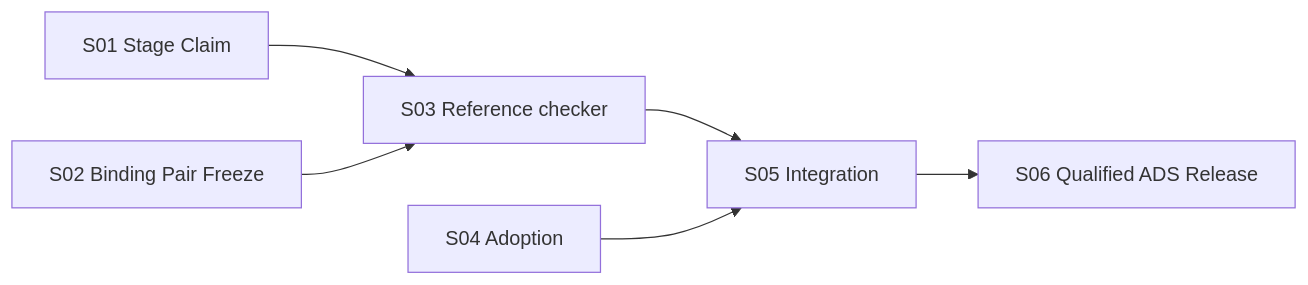
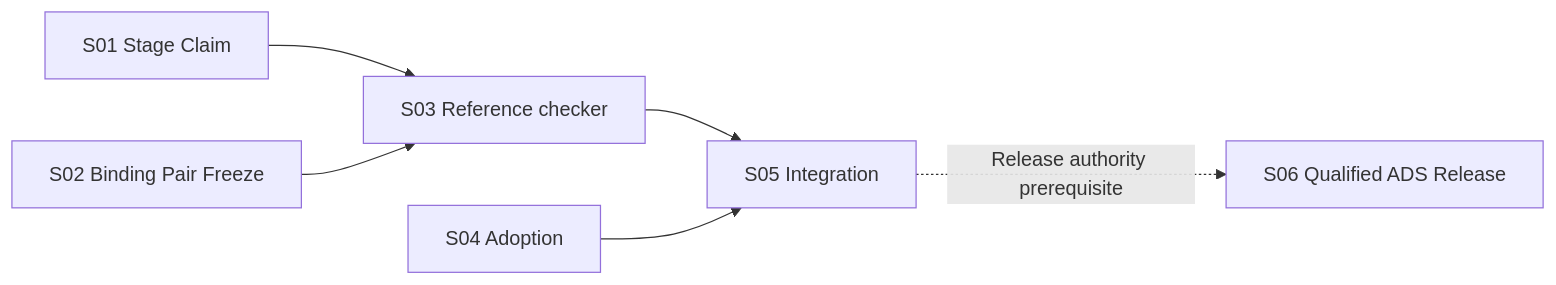
The diagram in docs/implementation/4.12.0/TASK_DAG.md (kaicreator-mm/ai-development-standard), drawn with Mermaid before and after one commit. The commit also changed other lines of this file, not shown here.

Commit message:
docs(v4.12): mark S05 to S06 as release authority prerequisite rather than native DAG edge

````diff
--- a/docs/implementation/4.12.0/TASK_DAG.md
+++ b/docs/implementation/4.12.0/TASK_DAG.md
@@ -58,8 +58,8 @@
 ```mermaid
 flowchart LR
   S01[S01 Stage Claim] --> S03[S03 Reference checker]
   S02[S02 Binding Pair Freeze] --> S03
   S03 --> S05[S05 Integration]
   S04[S04 Adoption] --> S05
-  S05 --> S06[S06 Qualified ADS Release]
+  S05 -. Release authority prerequisite .-> S06[S06 Qualified ADS Release]
 ```
````
